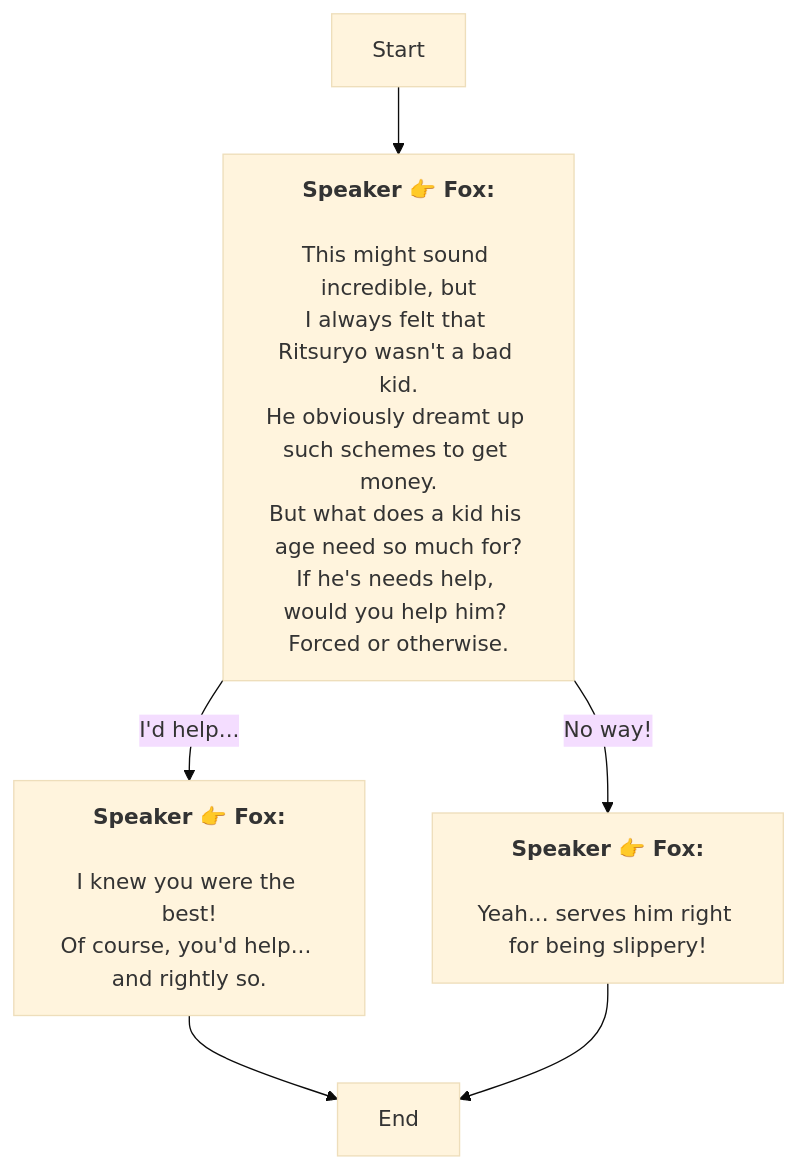
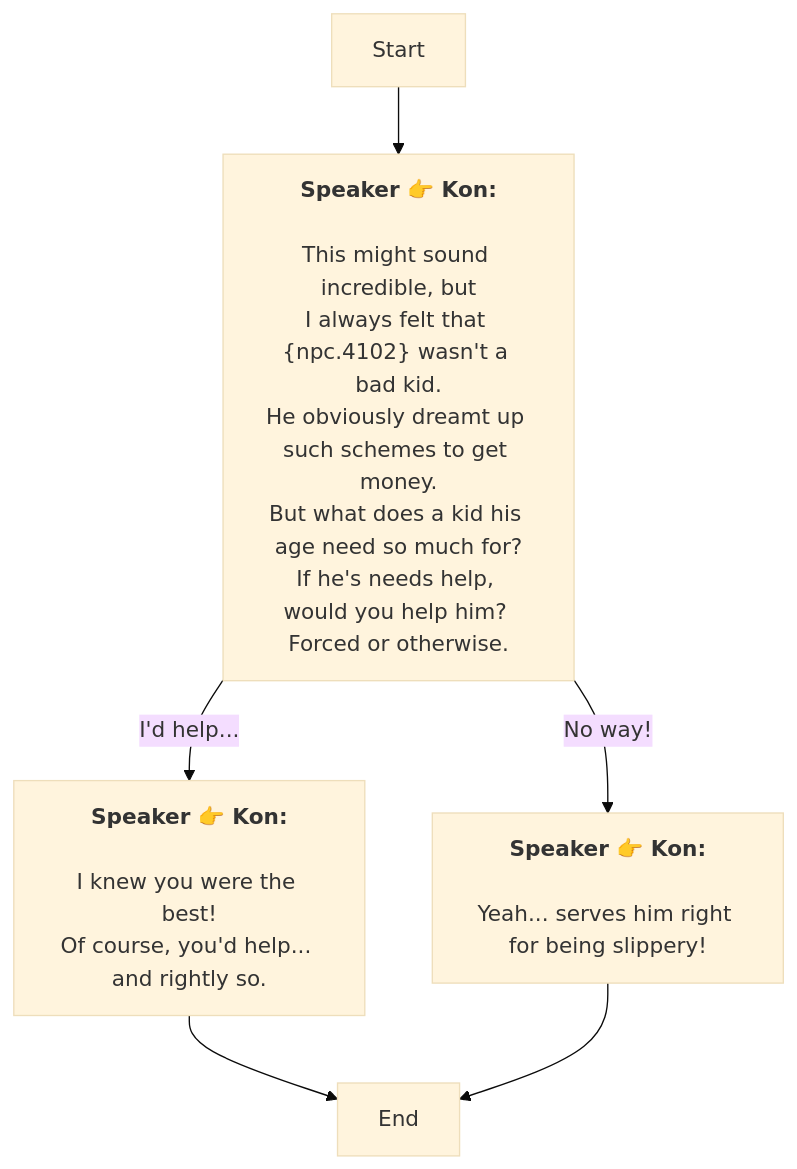
The diagram in En/AddDialogNode_1739677228568795.md (SoftHu/tos_avg), drawn with Mermaid (base theme) before and after one commit. The commit also changed 730 other files, not shown here.

````diff
--- a/En/AddDialogNode_1739677228568795.md
+++ b/En/AddDialogNode_1739677228568795.md
@@ -1,15 +1,15 @@
 ```mermaid
 graph
-Start -->1739678263310558[<b>Speaker 👉 Fox:</b>
+Start -->1739678263310558[<b>Speaker 👉 Kon:</b>
 \nThis might sound incredible, but
-I always felt that Ritsuryo wasn't a bad kid.\nHe obviously dreamt up such schemes to get money.
+I always felt that &lbrace;npc.4102&rbrace; wasn't a bad kid.\nHe obviously dreamt up such schemes to get money.
 But what does a kid his age need so much for?\nIf he's needs help, would you help him? Forced or otherwise.]
-1739678263310558 -->|No way!|1739678888733926[<b>Speaker 👉 Fox:</b>
+1739678263310558 -->|No way!|1739678888733926[<b>Speaker 👉 Kon:</b>
 \nYeah... serves him right for being slippery!]
-1739678263310558 -->|I'd help...|1739678885011685[<b>Speaker 👉 Fox:</b>
+1739678263310558 -->|I'd help...|1739678885011685[<b>Speaker 👉 Kon:</b>
 \nI knew you were the best!
 Of course, you'd help... and rightly so.]
 1739678885011685 -->1739681102776551[End]
 1739678888733926 -->1739681102776551[End]
 
 ```
````
